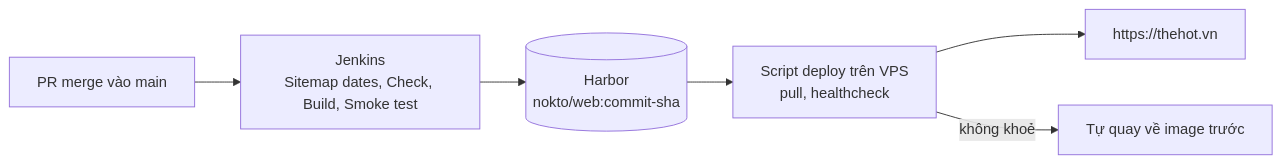
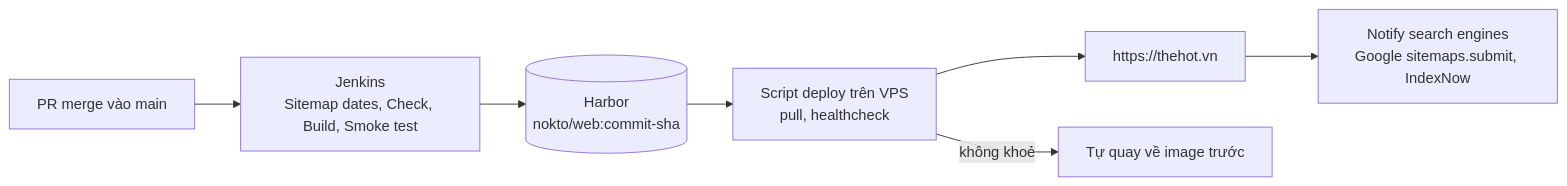
One commit to qkenn04/nokto-clone-v2 changed the diagram in docs/ops/deployment.md. Above: the diagram before and after it, drawn with Mermaid. The commit also changed other lines of this file and 18 other files, not shown here.

````diff
--- a/docs/ops/deployment.md
+++ b/docs/ops/deployment.md
@@ -23,8 +24,9 @@
 ```mermaid
 flowchart LR
   pr["PR merge vào main"] --> jenkins["Jenkins<br/>Sitemap dates, Check, Build, Smoke test"]
   jenkins --> harbor[("Harbor<br/>nokto/web:commit-sha")]
   harbor --> deploy["Script deploy trên VPS<br/>pull, healthcheck"]
   deploy --> run["https://thehot.vn"]
   deploy -->|"không khoẻ"| back["Tự quay về image trước"]
+  run --> notify["Notify search engines<br/>Google sitemaps.submit, IndexNow"]
 ```
````
